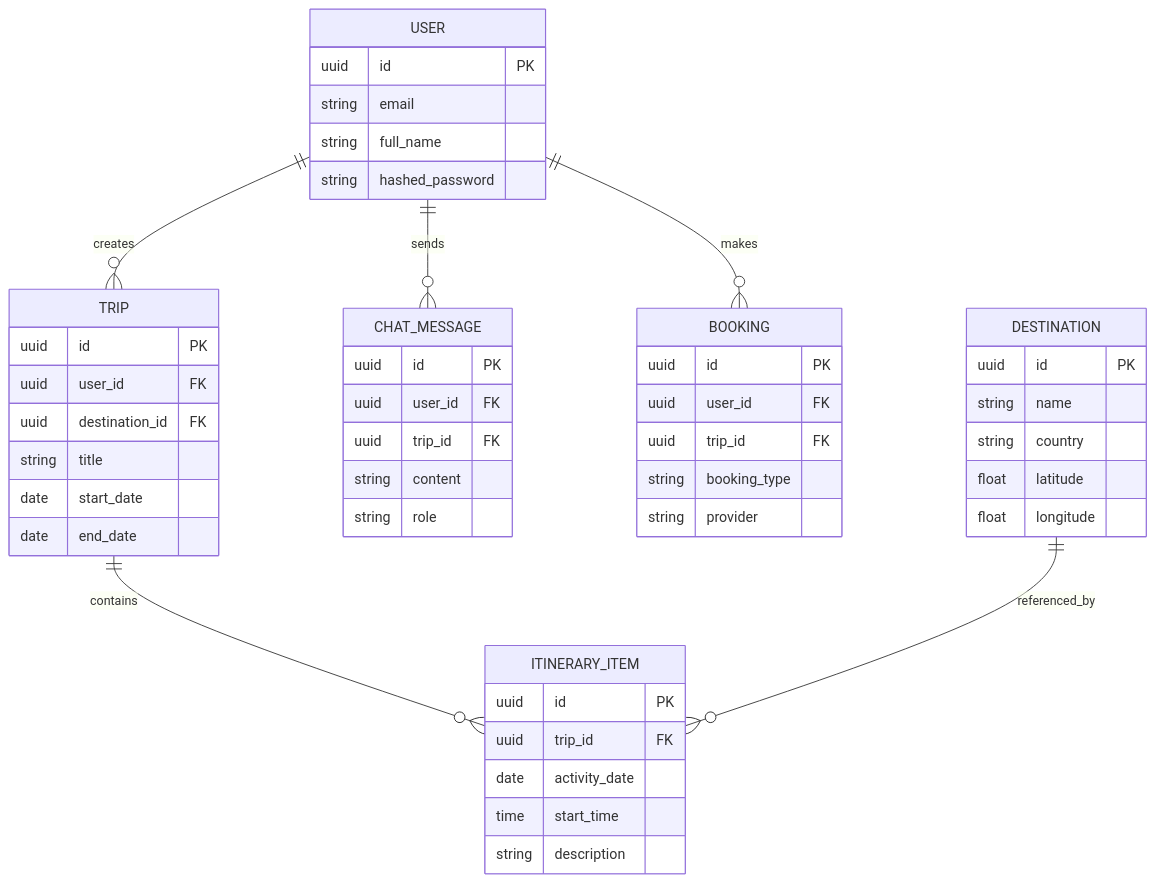
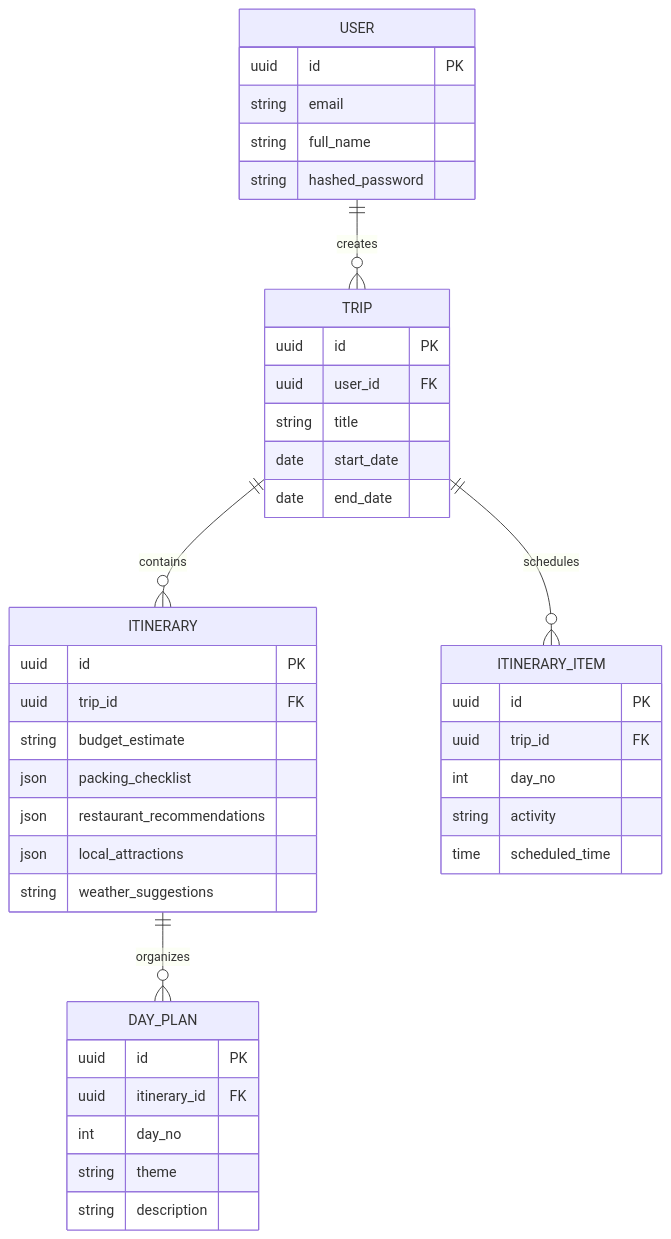
Before and after one commit to kishore200210/tripmate: the second of 2 diagrams in README.md, drawn with Mermaid. The commit also changed other lines of this file and 51 other files, not shown here.

````diff
--- a/README.md
+++ b/README.md
@@ -33,51 +60,44 @@
 ```mermaid
 erDiagram
     USER ||--o{ TRIP : creates
-    USER ||--o{ CHAT_MESSAGE : sends
-    USER ||--o{ BOOKING : makes
-    TRIP ||--o{ ITINERARY_ITEM : contains
-    DESTINATION ||--o{ ITINERARY_ITEM : referenced_by
+    TRIP ||--o{ ITINERARY : contains
+    ITINERARY ||--o{ DAY_PLAN : organizes
+    TRIP ||--o{ ITINERARY_ITEM : schedules
 
     USER {
         uuid id PK
         string email
         string full_name
         string hashed_password
     }
     TRIP {
         uuid id PK
         uuid user_id FK
-        uuid destination_id FK
         string title
         date start_date
         date end_date
     }
-    DESTINATION {
+    ITINERARY {
         uuid id PK
-        string name
-        string country
-        float latitude
-        float longitude
+        uuid trip_id FK
+        string budget_estimate
+        json packing_checklist
+        json restaurant_recommendations
+        json local_attractions
+        string weather_suggestions
+    }
+    DAY_PLAN {
+        uuid id PK
+        uuid itinerary_id FK
+        int day_no
+        string theme
+        string description
     }
     ITINERARY_ITEM {
         uuid id PK
         uuid trip_id FK
-        date activity_date
-        time start_time
-        string description
-    }
-    CHAT_MESSAGE {
-        uuid id PK
-        uuid user_id FK
-        uuid trip_id FK
-        string content
-        string role
-    }
-    BOOKING {
-        uuid id PK
-        uuid user_id FK
-        uuid trip_id FK
-        string booking_type
-        string provider
+        int day_no
+        string activity
+        time scheduled_time
     }
 ```
````
